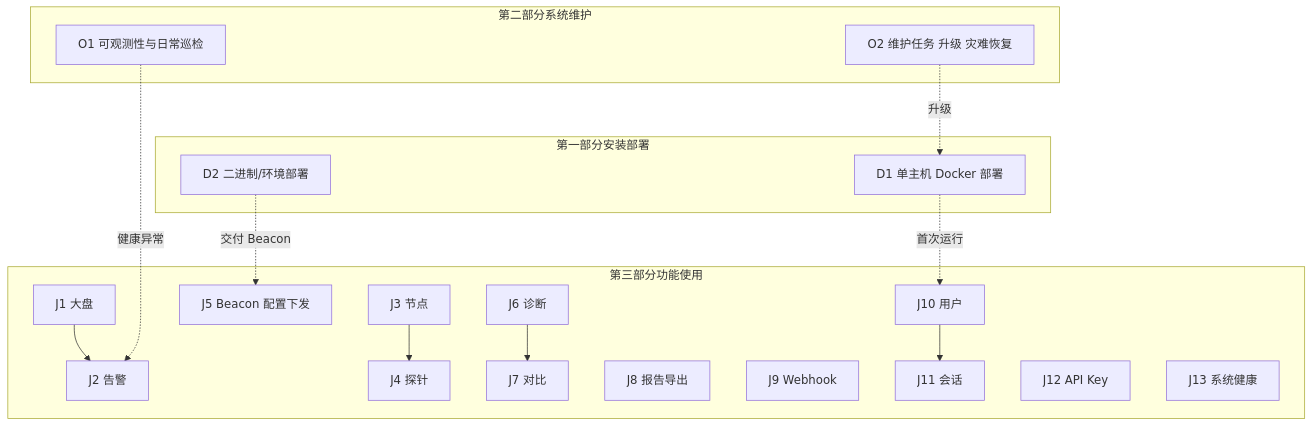
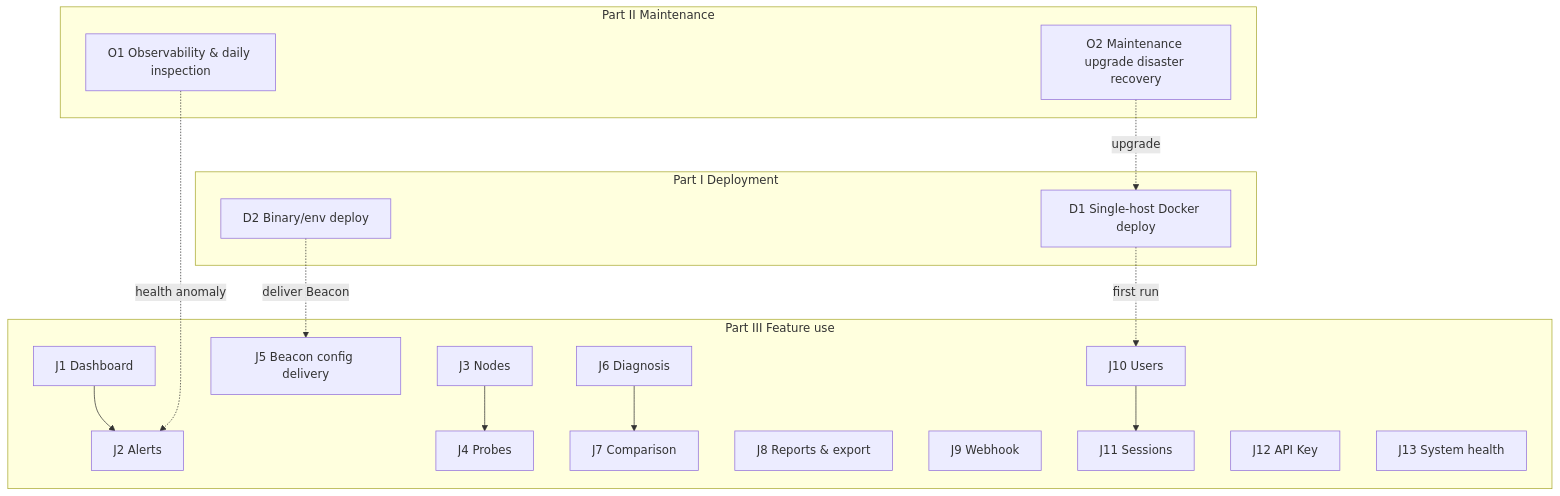
One commit to whg517/node-pulse changed the first of 5 diagrams in docs/user-journey.md. Above: the diagram before and after it, drawn with Mermaid. The commit also changed other lines of this file and 10 other files, not shown here.

````diff
--- a/docs/user-journey.md
+++ b/docs/user-journey.md
@@ -115,27 +104,27 @@
 ```mermaid
 graph TD
-    subgraph 第一部分安装部署
-        D1[D1 单主机 Docker 部署]
-        D2[D2 二进制/环境部署]
+    subgraph Part I Deployment
+        D1[D1 Single-host Docker deploy]
+        D2[D2 Binary/env deploy]
     end
-    subgraph 第二部分系统维护
-        O1[O1 可观测性与日常巡检]
-        O2[O2 维护任务 升级 灾难恢复]
+    subgraph Part II Maintenance
+        O1[O1 Observability & daily inspection]
+        O2[O2 Maintenance upgrade disaster recovery]
     end
-    subgraph 第三部分功能使用
-        J1[J1 大盘] --> J2[J2 告警]
-        J3[J3 节点] --> J4[J4 探针]
-        J5[J5 Beacon 配置下发]
-        J6[J6 诊断] --> J7[J7 对比]
-        J8[J8 报告导出]
+    subgraph Part III Feature use
+        J1[J1 Dashboard] --> J2[J2 Alerts]
+        J3[J3 Nodes] --> J4[J4 Probes]
+        J5[J5 Beacon config delivery]
+        J6[J6 Diagnosis] --> J7[J7 Comparison]
+        J8[J8 Reports & export]
         J9[J9 Webhook]
-        J10[J10 用户] --> J11[J11 会话]
+        J10[J10 Users] --> J11[J11 Sessions]
         J12[J12 API Key]
-        J13[J13 系统健康]
+        J13[J13 System health]
     end
 
-    D1 -.首次运行.-> J10
-    D2 -.交付 Beacon.-> J5
-    O1 -.健康异常.-> J2
-    O2 -.升级.-> D1
+    D1 -.first run.-> J10
+    D2 -.deliver Beacon.-> J5
+    O1 -.health anomaly.-> J2
+    O2 -.upgrade.-> D1
 ```
````
